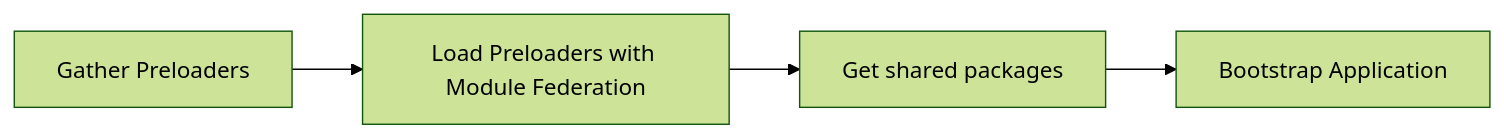
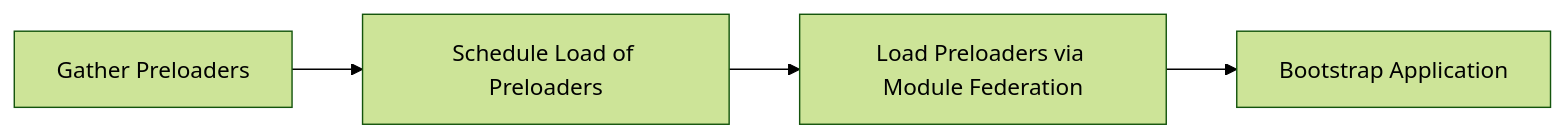
Before and after one commit to onecx/docs-guides-ui: the diagram in docs/modules/docs-guides-ui/pages/module-federation/mf-preloaders.adoc, drawn with Mermaid (forest theme). The commit also changed other lines of this file and 3 other files, not shown here.

```diff
--- a/docs/modules/docs-guides-ui/pages/module-federation/mf-preloaders.adoc
+++ b/docs/modules/docs-guides-ui/pages/module-federation/mf-preloaders.adoc
@@ -7,7 +13,7 @@
 [mermaid]
 ----
 graph LR
-  gatherPreloader[Gather Preloaders] --> loadPreloader[Load Preloaders with Module Federation]
-  loadPreloader --> getSharedPackages[Get shared packages]
-  getSharedPackages --> waitForCompletion[Bootstrap Application]
+  gatherPreloader[Gather Preloaders] --> scheduleLoad[Schedule Load of Preloaders]
+  scheduleLoad --> loadPreloaders[Load Preloaders via Module Federation]
+  loadPreloaders --> bootstrap[Bootstrap Application]
 ----
```
